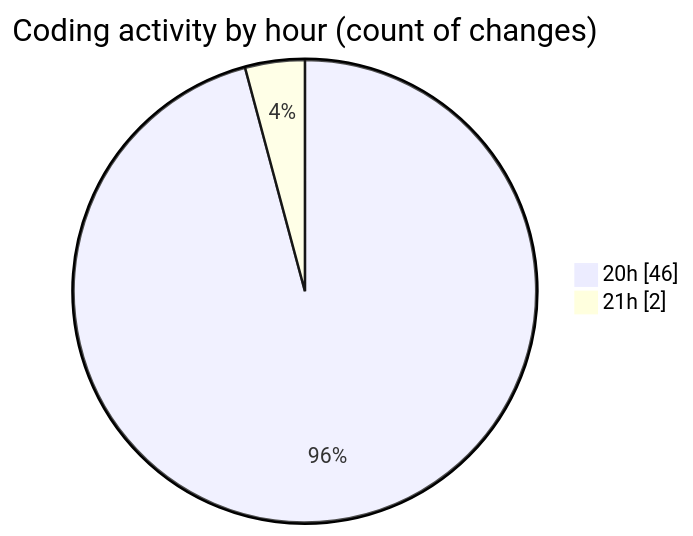
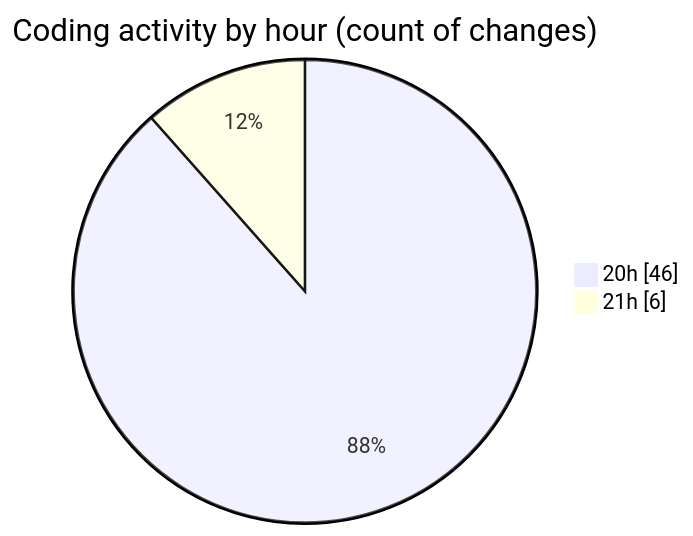
The second of 2 diagrams in 2025-07-19/mern-workoutboard/README.md (Ritupan-Deka/code-tracking), drawn with Mermaid before and after one commit. The commit also changed other lines of this file and 1 other file, not shown here.

````diff
--- a/2025-07-19/mern-workoutboard/README.md
+++ b/2025-07-19/mern-workoutboard/README.md
@@ -29,6 +29,6 @@
 ```mermaid
 pie showData
 title Coding activity by hour (count of changes)
 "20h" : 46
-"21h" : 2
+"21h" : 6
 ```
````
